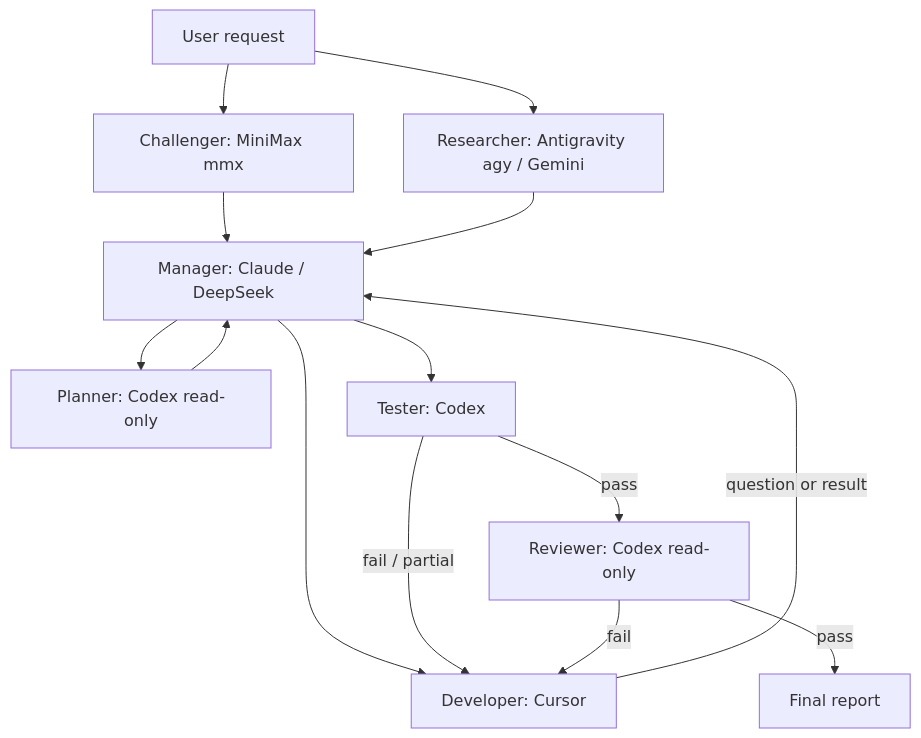
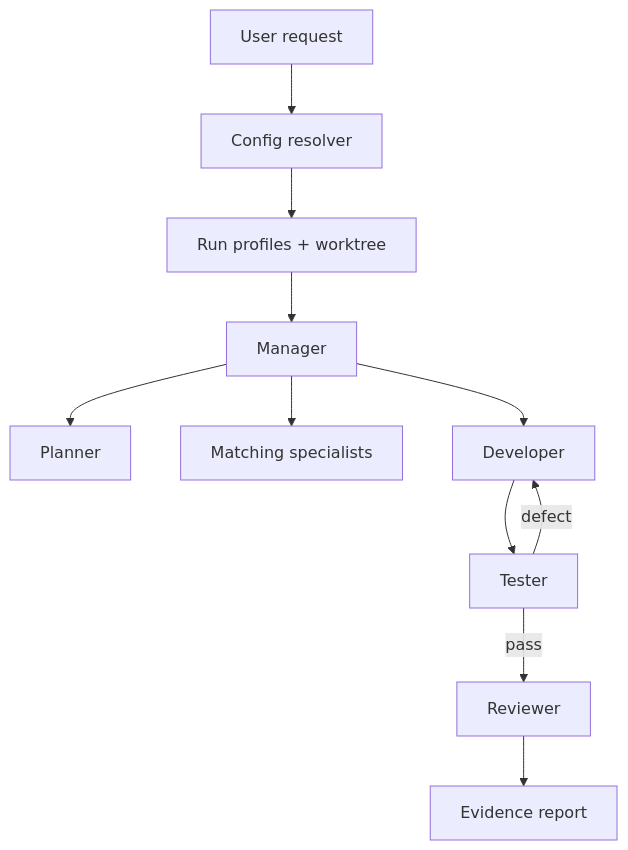
One commit to rambo586/autoagent changed the first of 2 diagrams in docs/ARCHITECTURE.md. Above: the diagram before and after it, drawn with Mermaid. The commit also changed other lines of this file and 13 other files, not shown here.

````diff
--- a/docs/ARCHITECTURE.md
+++ b/docs/ARCHITECTURE.md
@@ -5,16 +5,13 @@
 ```mermaid
 flowchart TD
-    U[User request] --> X[Challenger: MiniMax mmx]
-    U --> G[Researcher: Antigravity agy / Gemini]
-    X --> M[Manager: Claude / DeepSeek]
-    G --> M
-    M --> P[Planner: Codex read-only]
-    P --> M
-    M --> D[Developer: Cursor]
-    D -->|question or result| M
-    M --> T[Tester: Codex]
-    T -->|fail / partial| D
-    T -->|pass| R[Reviewer: Codex read-only]
-    R -->|fail| D
-    R -->|pass| F[Final report]
+    U["User request"] --> C["Config resolver"]
+    C --> G["Run profiles + worktree"]
+    G --> M["Manager"]
+    M --> P["Planner"]
+    M --> S["Matching specialists"]
+    M --> D["Developer"]
+    D --> T["Tester"]
+    T -->|"defect"| D
+    T -->|"pass"| R["Reviewer"]
+    R --> F["Evidence report"]
 ```
````
